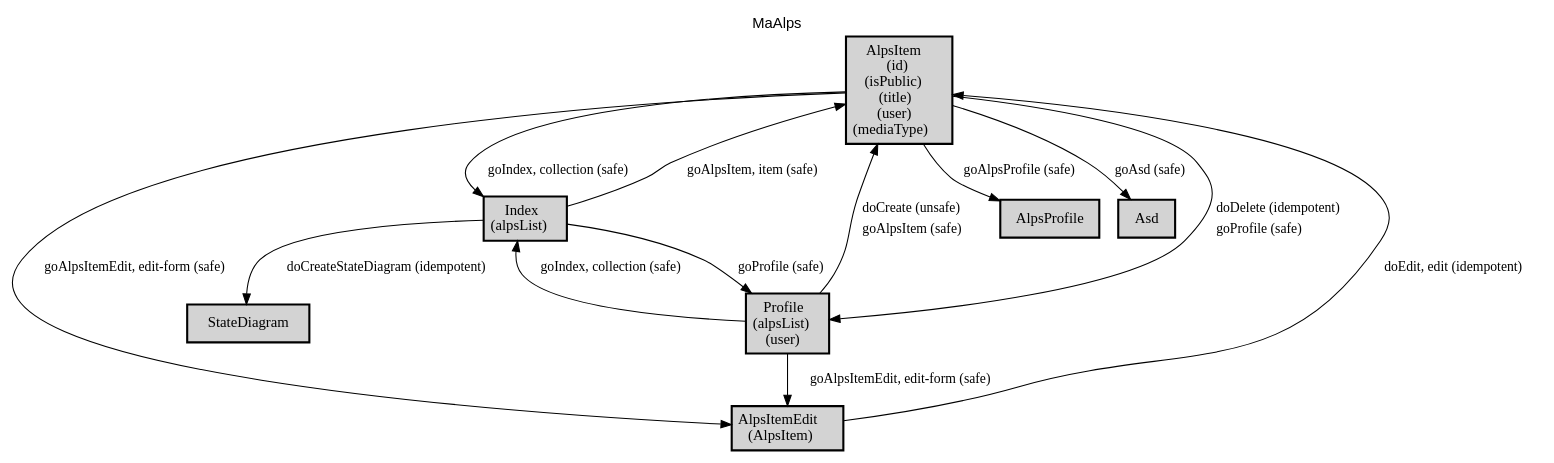
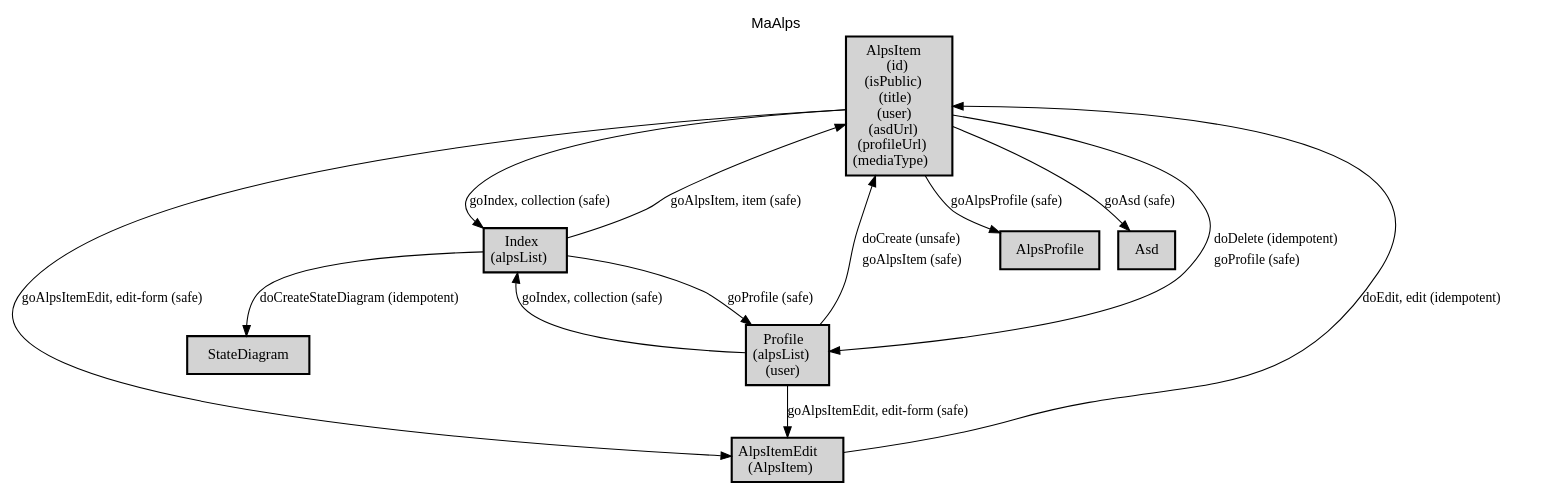
The diagram in docs/profile.dot (ma-alps/spec), drawn with Graphviz before and after one commit. The commit also changed 2 other files, not shown here.

```diff
--- a/docs/profile.dot
+++ b/docs/profile.dot
@@ -1,32 +1,32 @@
 digraph application_state_diagram {
   graph [
     labelloc="t";
     fontname="Helvetica"
     label="MaAlps";
     URL="index.html" target="_parent"
   ];
   node [shape = box, style = "bold,filled" fillcolor="lightgray"];
 
-    AlpsItem [margin=0.02, label=<<table cellspacing="0" cellpadding="5" border="0"><tr><td>AlpsItem<br />(id)<br />(isPublic)<br />(title)<br />(user)<br />(mediaType)<br /></td></tr></table>>,shape=box URL="docs/semantic.AlpsItem.html" target="_parent"]
+    AlpsItem [margin=0.02, label=<<table cellspacing="0" cellpadding="5" border="0"><tr><td>AlpsItem<br />(id)<br />(isPublic)<br />(title)<br />(user)<br />(asdUrl)<br />(profileUrl)<br />(mediaType)<br /></td></tr></table>>,shape=box URL="docs/semantic.AlpsItem.html" target="_parent"]
     AlpsItemEdit [margin=0.02, label=<<table cellspacing="0" cellpadding="5" border="0"><tr><td>AlpsItemEdit<br />(AlpsItem)<br /></td></tr></table>>,shape=box URL="docs/semantic.AlpsItemEdit.html" target="_parent"]
     Index [margin=0.02, label=<<table cellspacing="0" cellpadding="5" border="0"><tr><td>Index<br />(alpsList)<br /></td></tr></table>>,shape=box URL="docs/semantic.Index.html" target="_parent"]
     Profile [margin=0.02, label=<<table cellspacing="0" cellpadding="5" border="0"><tr><td>Profile<br />(alpsList)<br />(user)<br /></td></tr></table>>,shape=box URL="docs/semantic.Profile.html" target="_parent"]
 
-    AlpsItem -> AlpsItemEdit [label = "goAlpsItemEdit, edit-form (safe)" URL="docs/safe.goAlpsItemEdit.html" target="_parent" fontsize=13];
-    AlpsItem -> AlpsProfile [label = "goAlpsProfile (safe)" URL="docs/safe.goAlpsProfile.html" target="_parent" fontsize=13];
-    AlpsItem -> Asd [label = "goAsd (safe)" URL="docs/safe.goAsd.html" target="_parent" fontsize=13];
-    AlpsItem -> Index [label = "goIndex, collection (safe)" URL="docs/safe.goIndex.html" target="_parent" fontsize=13];
+    AlpsItem -> AlpsItemEdit [label = <goAlpsItemEdit, edit-form (safe)> URL="docs/safe.goAlpsItemEdit.html" target="_parent" fontsize=13];
+    AlpsItem -> AlpsProfile [label = <goAlpsProfile (safe)> URL="docs/safe.goAlpsProfile.html" target="_parent" fontsize=13];
+    AlpsItem -> Asd [label = <goAsd (safe)> URL="docs/safe.goAsd.html" target="_parent" fontsize=13];
+    AlpsItem -> Index [label = <goIndex, collection (safe)> URL="docs/safe.goIndex.html" target="_parent" fontsize=13];
     AlpsItem -> Profile [label=<<table  border="0"><tr><td align="left" href="docs/idempotent.doDelete.html">doDelete (idempotent)</td></tr><tr><td align="left" href="docs/safe.goProfile.html">goProfile (safe)</td></tr></table>> fontsize=13];
-    AlpsItemEdit -> AlpsItem [label = "doEdit, edit (idempotent)" URL="docs/idempotent.doEdit.html" target="_parent" fontsize=13];
-    Index -> AlpsItem [label = "goAlpsItem, item (safe)" URL="docs/safe.goAlpsItem.html" target="_parent" fontsize=13];
-    Index -> Profile [label = "goProfile (safe)" URL="docs/safe.goProfile.html" target="_parent" fontsize=13];
-    Index -> StateDiagram [label = "doCreateStateDiagram (idempotent)" URL="docs/idempotent.doCreateStateDiagram.html" target="_parent" fontsize=13];
+    AlpsItemEdit -> AlpsItem [label = <doEdit, edit (idempotent)> URL="docs/idempotent.doEdit.html" target="_parent" fontsize=13];
+    Index -> AlpsItem [label = <goAlpsItem, item (safe)> URL="docs/safe.goAlpsItem.html" target="_parent" fontsize=13];
+    Index -> Profile [label = <goProfile (safe)> URL="docs/safe.goProfile.html" target="_parent" fontsize=13];
+    Index -> StateDiagram [label = <doCreateStateDiagram (idempotent)> URL="docs/idempotent.doCreateStateDiagram.html" target="_parent" fontsize=13];
     Profile -> AlpsItem [label=<<table  border="0"><tr><td align="left" href="docs/unsafe.doCreate.html">doCreate (unsafe)</td></tr><tr><td align="left" href="docs/safe.goAlpsItem.html">goAlpsItem (safe)</td></tr></table>> fontsize=13];
-    Profile -> AlpsItemEdit [label = "goAlpsItemEdit, edit-form (safe)" URL="docs/safe.goAlpsItemEdit.html" target="_parent" fontsize=13];
-    Profile -> Index [label = "goIndex, collection (safe)" URL="docs/safe.goIndex.html" target="_parent" fontsize=13];
+    Profile -> AlpsItemEdit [label = <goAlpsItemEdit, edit-form (safe)> URL="docs/safe.goAlpsItemEdit.html" target="_parent" fontsize=13];
+    Profile -> Index [label = <goIndex, collection (safe)> URL="docs/safe.goIndex.html" target="_parent" fontsize=13];
 
-    AlpsProfile [URL="docs/semantic.AlpsProfile.html" target="_parent"]
-    Asd [URL="docs/semantic.Asd.html" target="_parent"]
-    StateDiagram [URL="docs/semantic.StateDiagram.html" target="_parent"]
+    AlpsProfile [label = <AlpsProfile> URL="docs/semantic.AlpsProfile.html" target="_parent"]
+    Asd [label = <Asd> URL="docs/semantic.Asd.html" target="_parent"]
+    StateDiagram [label = <StateDiagram> URL="docs/semantic.StateDiagram.html" target="_parent"]
 
 }
```
